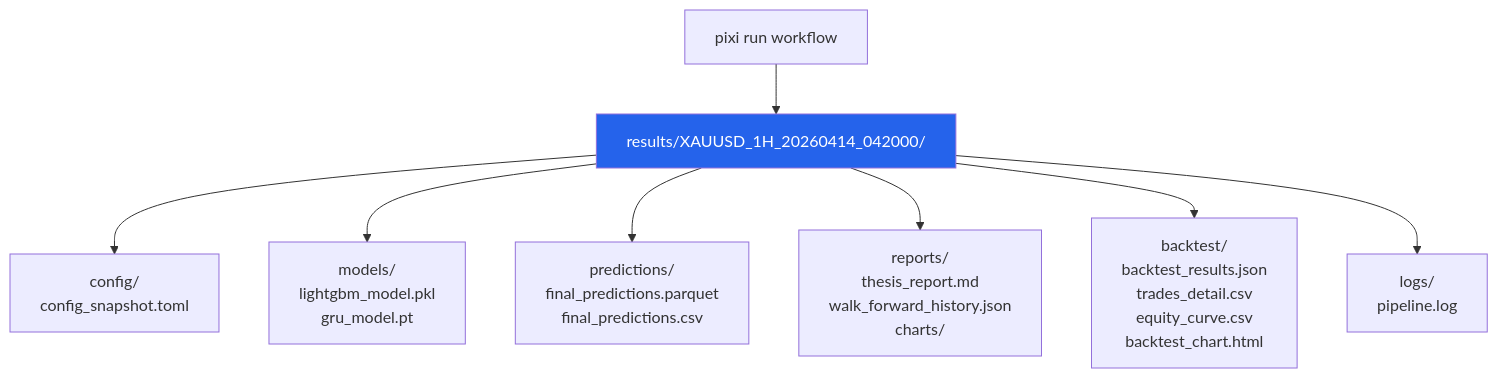
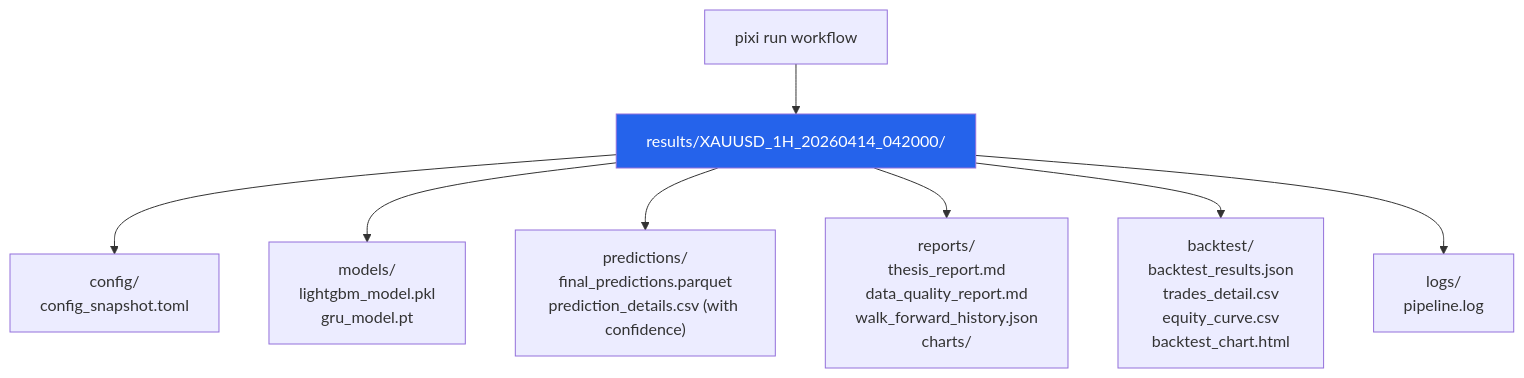
One commit to ultimateBroK/thesis-hybrid-stacking changed the eighth of 8 diagrams in docs/ARCHITECTURE.md. Above: the diagram before and after it, drawn with Mermaid. The commit also changed other lines of this file and 39 other files, not shown here.

First line of the commit message:
feat: update data range to 2018-2024 and enhance model architecture

````diff
--- a/docs/ARCHITECTURE.md
+++ b/docs/ARCHITECTURE.md
@@ -360,13 +398,13 @@
 ```mermaid
 flowchart TD
     RUN["pixi run workflow"] --> SESSION["results/XAUUSD_1H_20260414_042000/"]
 
     SESSION --> CFG["config/<br/>config_snapshot.toml"]
     SESSION --> MOD["models/<br/>lightgbm_model.pkl<br/>gru_model.pt"]
-    SESSION --> PRED["predictions/<br/>final_predictions.parquet<br/>final_predictions.csv"]
-    SESSION --> REP["reports/<br/>thesis_report.md<br/>walk_forward_history.json<br/>charts/"]
+    SESSION --> PRED["predictions/<br/>final_predictions.parquet<br/>prediction_details.csv (with confidence)"]
+    SESSION --> REP["reports/<br/>thesis_report.md<br/>data_quality_report.md<br/>walk_forward_history.json<br/>charts/"]
     SESSION --> BT["backtest/<br/>backtest_results.json<br/>trades_detail.csv<br/>equity_curve.csv<br/>backtest_chart.html"]
     SESSION --> LOG["logs/<br/>pipeline.log"]
 
     style SESSION fill:#2563EB,color:#fff
 ```
````
